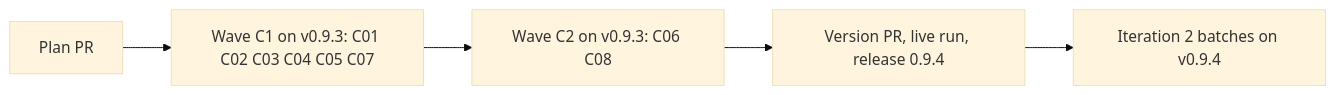
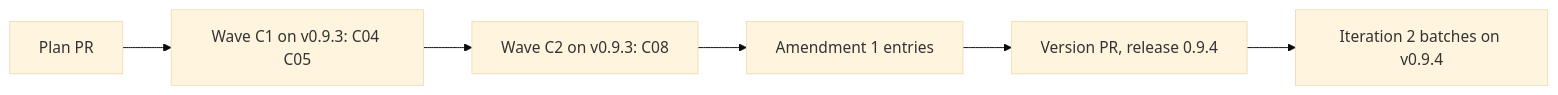
The diagram in docs/plan-0.9.4.md (alfhen/agent-pr-pipeline), drawn with Mermaid (base theme) before and after one commit. The commit also changed other lines of this file, not shown here.

Commit message:
Plan 0.9.4: narrow to C04, C05 and C08; hold the evals-check and gate entries

````diff
--- a/docs/plan-0.9.4.md
+++ b/docs/plan-0.9.4.md
@@ -70,4 +68,4 @@
 ```mermaid
 flowchart LR
-  P[Plan PR] --> C1[Wave C1 on v0.9.3: C01 C02 C03 C04 C05 C07] --> C2[Wave C2 on v0.9.3: C06 C08] --> R[Version PR, live run, release 0.9.4] --> B[Iteration 2 batches on v0.9.4]
+  P[Plan PR] --> C1[Wave C1 on v0.9.3: C04 C05] --> C2[Wave C2 on v0.9.3: C08] --> A[Amendment 1 entries] --> R[Version PR, release 0.9.4] --> B[Iteration 2 batches on v0.9.4]
 ```
````
